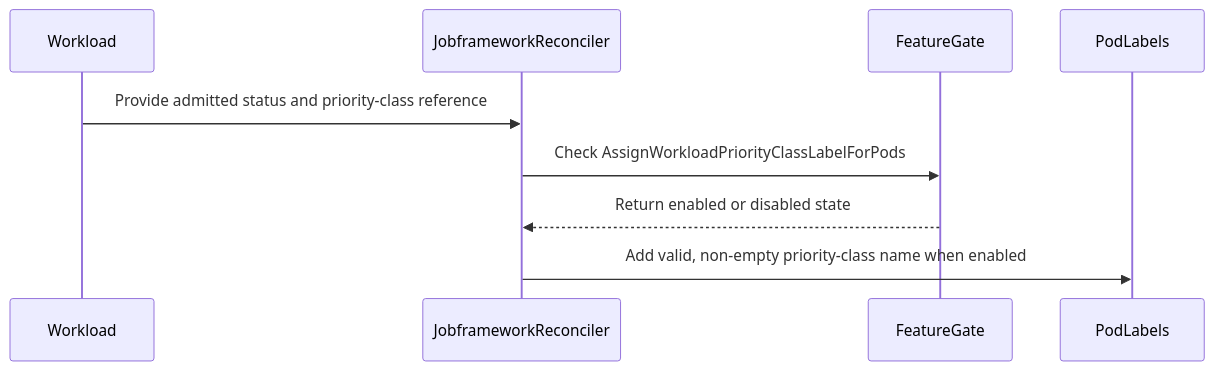
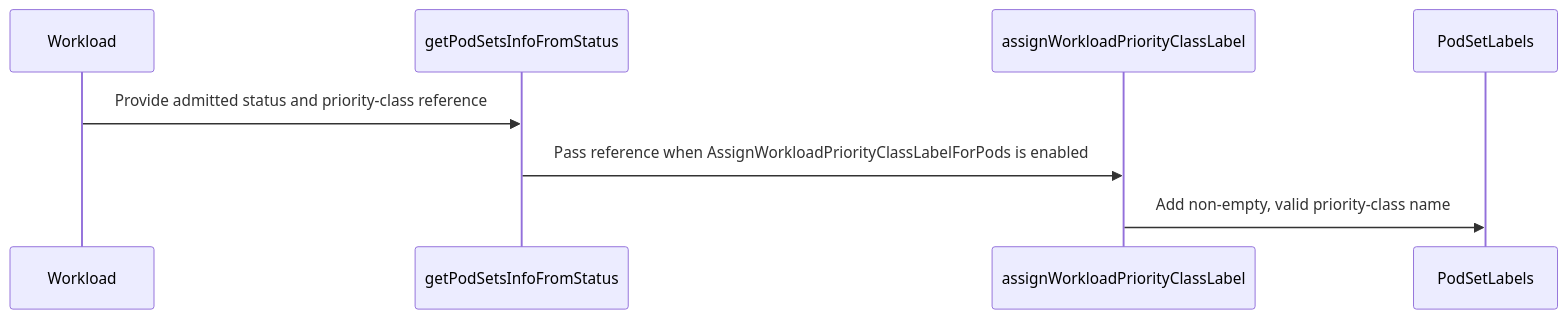
Before and after one commit to reruno/kueue-llm-wiki: the diagram in raw/github/kubernetes-sigs__kueue/pr-18596.md, drawn with Mermaid. The commit also changed other lines of this file and 1319 other files, not shown here.

````diff
--- a/raw/github/kubernetes-sigs__kueue/pr-18596.md
+++ b/raw/github/kubernetes-sigs__kueue/pr-18596.md
@@ -165,11 +146,10 @@
 ```mermaid
 sequenceDiagram
   participant Workload
-  participant JobframeworkReconciler
-  participant FeatureGate
-  participant PodLabels
-  Workload->>JobframeworkReconciler: Provide admitted status and priority-class reference
-  JobframeworkReconciler->>FeatureGate: Check AssignWorkloadPriorityClassLabelForPods
-  FeatureGate-->>JobframeworkReconciler: Return enabled or disabled state
-  JobframeworkReconciler->>PodLabels: Add valid, non-empty priority-class name when enabled
+  participant getPodSetsInfoFromStatus
+  participant assignWorkloadPriorityClassLabel
+  participant PodSetLabels
+  Workload->>getPodSetsInfoFromStatus: Provide admitted status and priority-class reference
+  getPodSetsInfoFromStatus->>assignWorkloadPriorityClassLabel: Pass reference when AssignWorkloadPriorityClassLabelForPods is enabled
+  assignWorkloadPriorityClassLabel->>PodSetLabels: Add non-empty, valid priority-class name
 ```
````
